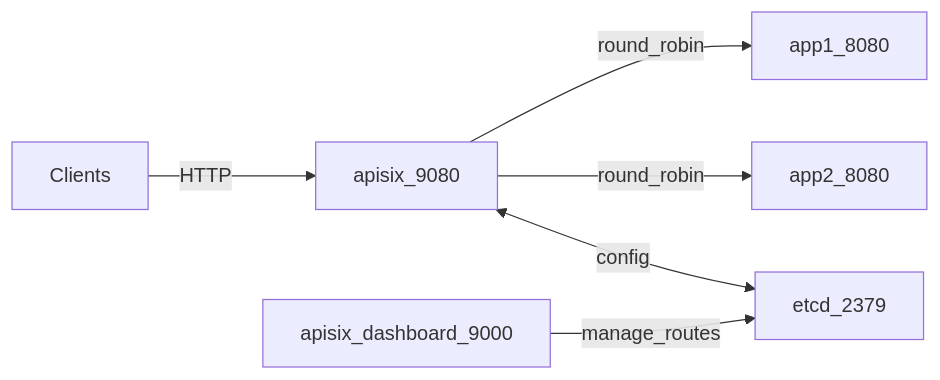
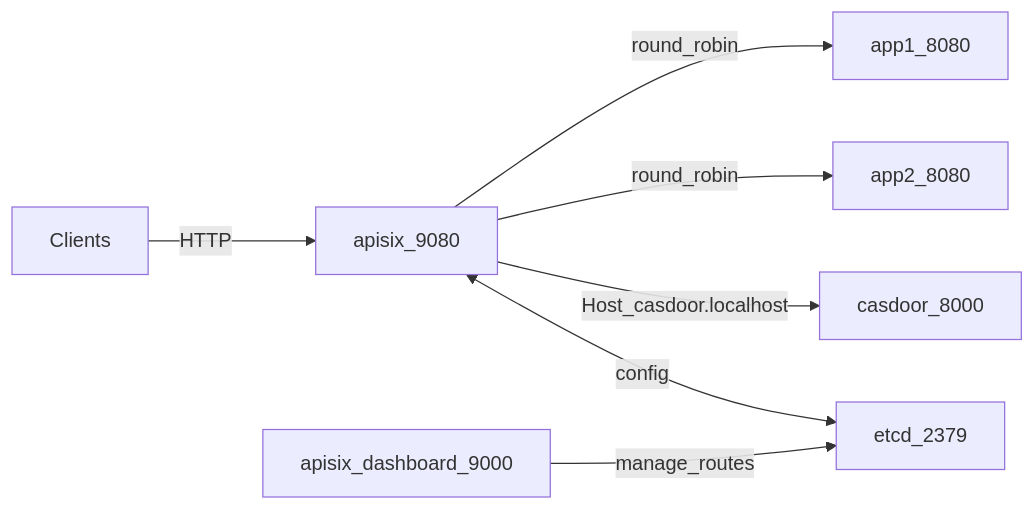
One commit to jayedulhaque/APISIXwithNET changed the diagram in README.md. Above: the diagram before and after it, drawn with Mermaid. The commit also changed other lines of this file and 4 other files, not shown here.

````diff
--- a/README.md
+++ b/README.md
@@ -7,15 +7,17 @@
 ```mermaid
 flowchart LR
   clients[Clients]
   apisix[apisix_9080]
   etcd[etcd_2379]
   dash[apisix_dashboard_9000]
   app1[app1_8080]
   app2[app2_8080]
+  casdoor[casdoor_8000]
 
   clients -->|"HTTP"| apisix
   apisix -->|"round_robin"| app1
   apisix -->|"round_robin"| app2
+  apisix -->|"Host_casdoor.localhost"| casdoor
   apisix <-->|"config"| etcd
   dash -->|"manage_routes"| etcd
 ```
````
